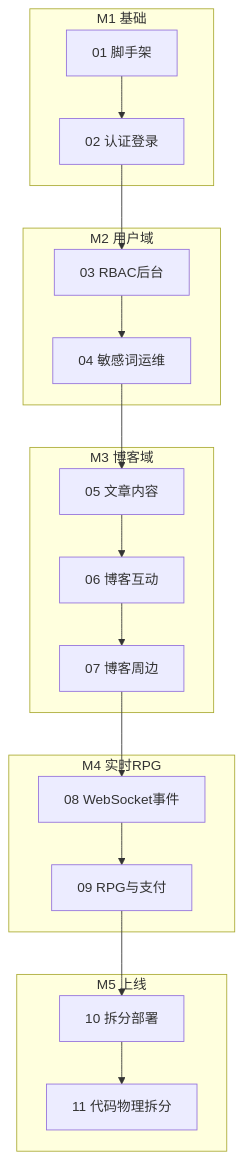
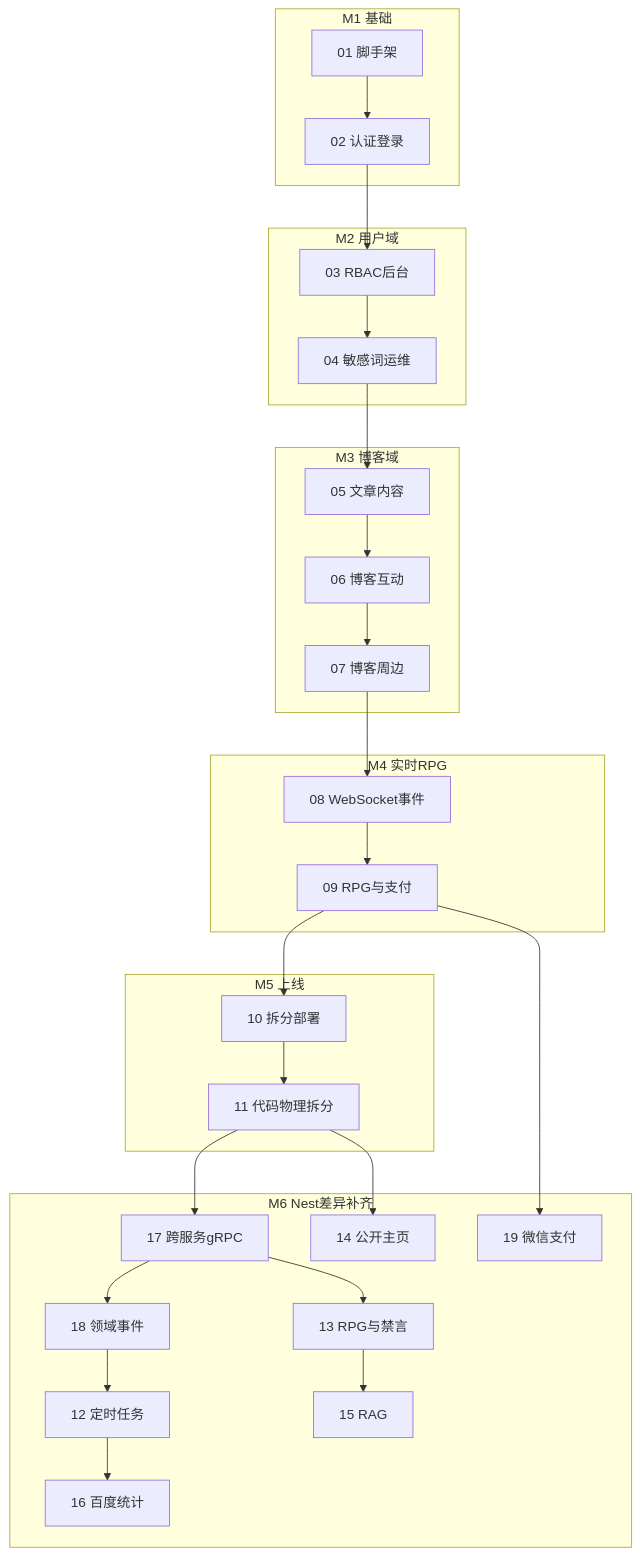
One commit to Jiang-Xia/blog-server-go changed the diagram in .cursor/plans/README.md. Above: the diagram before and after it, drawn with Mermaid. The commit also changed other lines of this file and 10 other files, not shown here.

````diff
--- a/.cursor/plans/README.md
+++ b/.cursor/plans/README.md
@@ -16,25 +17,42 @@
 ```mermaid
 flowchart TB
   subgraph M1 [M1 基础]
     P01["01 脚手架"]
     P02["02 认证登录"]
   end
   subgraph M2 [M2 用户域]
     P03["03 RBAC后台"]
     P04["04 敏感词运维"]
   end
   subgraph M3 [M3 博客域]
     P05["05 文章内容"]
     P06["06 博客互动"]
     P07["07 博客周边"]
   end
   subgraph M4 [M4 实时RPG]
     P08["08 WebSocket事件"]
     P09["09 RPG与支付"]
   end
   subgraph M5 [M5 上线]
     P10["10 拆分部署"]
     P11["11 代码物理拆分"]
   end
+  subgraph M6 [M6 Nest差异补齐]
+    P17["17 跨服务gRPC"]
+    P18["18 领域事件"]
+    P12["12 定时任务"]
+    P13["13 RPG与禁言"]
+    P14["14 公开主页"]
+    P15["15 RAG"]
+    P16["16 百度统计"]
+    P19["19 微信支付"]
+  end
   P01 --> P02 --> P03 --> P04 --> P05 --> P06 --> P07 --> P08 --> P09 --> P10 --> P11
+  P11 --> P17 --> P18
+  P17 --> P13
+  P11 --> P14
+  P18 --> P12
+  P12 --> P16
+  P13 --> P15
+  P09 --> P19
 ```
````
